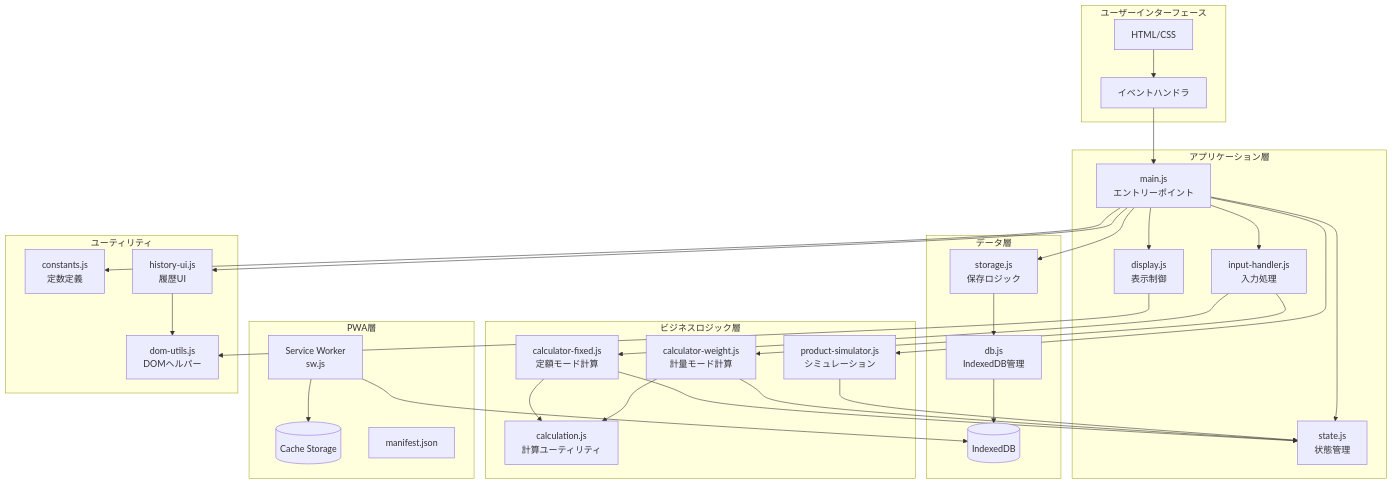
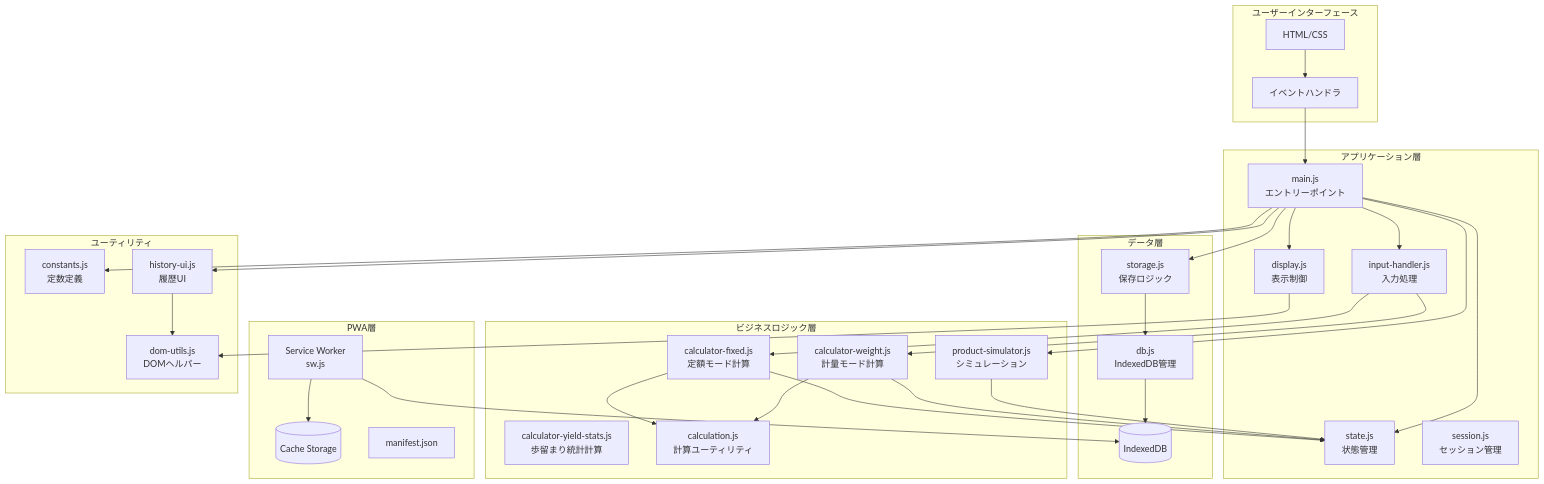
One commit to Watanabe-Masao/tool changed the first of 22 diagrams in docs/ARCHITECTURE.md. Above: the diagram before and after it, drawn with Mermaid. The commit also changed other lines of this file and 4 other files, not shown here.

````diff
--- a/docs/ARCHITECTURE.md
+++ b/docs/ARCHITECTURE.md
@@ -18,67 +18,69 @@
 ```mermaid
 graph TB
     subgraph "ユーザーインターフェース"
         UI[HTML/CSS]
         Events[イベントハンドラ]
     end
 
     subgraph "アプリケーション層"
         Main[main.js<br/>エントリーポイント]
         State[state.js<br/>状態管理]
         Display[display.js<br/>表示制御]
         InputHandler[input-handler.js<br/>入力処理]
+        Session[session.js<br/>セッション管理]
     end
 
     subgraph "ビジネスロジック層"
         CalcFixed[calculator-fixed.js<br/>定額モード計算]
         CalcWeight[calculator-weight.js<br/>計量モード計算]
+        CalcYieldStats[calculator-yield-stats.js<br/>歩留まり統計計算]
         Calc[calculation.js<br/>計算ユーティリティ]
         Simulator[product-simulator.js<br/>シミュレーション]
     end
 
     subgraph "データ層"
         Storage[storage.js<br/>保存ロジック]
         DB[db.js<br/>IndexedDB管理]
         IDB[(IndexedDB)]
     end
 
     subgraph "PWA層"
         SW[Service Worker<br/>sw.js]
         Cache[(Cache Storage)]
         Manifest[manifest.json]
     end
 
     subgraph "ユーティリティ"
         Constants[constants.js<br/>定数定義]
         DomUtils[dom-utils.js<br/>DOMヘルパー]
         HistoryUI[history-ui.js<br/>履歴UI]
     end
 
     UI --> Events
     Events --> Main
     Main --> State
     Main --> Display
     Main --> InputHandler
     Main --> HistoryUI
 
     InputHandler --> CalcFixed
     InputHandler --> CalcWeight
     CalcFixed --> Calc
     CalcWeight --> Calc
     CalcFixed --> State
     CalcWeight --> State
 
     Main --> Simulator
     Simulator --> State
 
     Main --> Storage
     Storage --> DB
     DB --> IDB
 
     Display --> DomUtils
     HistoryUI --> DomUtils
     Main --> Constants
 
     SW --> Cache
     SW --> IDB
 ```
````
